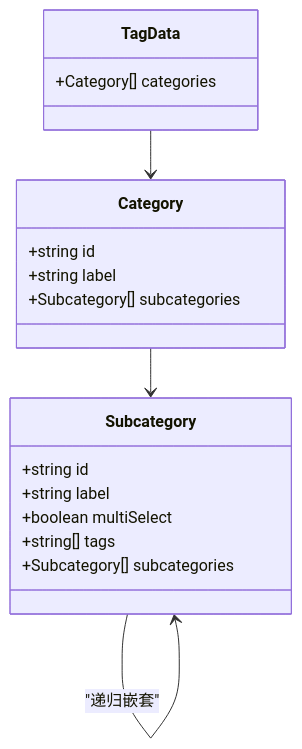
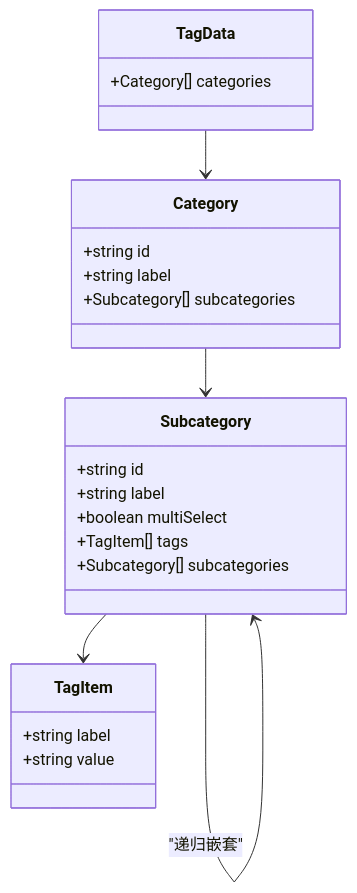
Before and after one commit to billye220670/CorineKit_Pix2Real: the second of 10 diagrams in .qoder/repowiki/zh/content/用户界面组件/专业功能组件/提示词助手面板/标签合成器模式.md, drawn with Mermaid. The commit also changed other lines of this file and 5 other files, not shown here.

````diff
--- a/.qoder/repowiki/zh/content/用户界面组件/专业功能组件/提示词助手面板/标签合成器模式.md
+++ b/.qoder/repowiki/zh/content/用户界面组件/专业功能组件/提示词助手面板/标签合成器模式.md
@@ -77,21 +92,26 @@
 ```mermaid
 classDiagram
 class TagData {
 +Category[] categories
 }
 class Category {
 +string id
 +string label
 +Subcategory[] subcategories
 }
 class Subcategory {
 +string id
 +string label
 +boolean multiSelect
-+string[] tags
++TagItem[] tags
 +Subcategory[] subcategories
+}
+class TagItem {
++string label
++string value
 }
 TagData --> Category
 Category --> Subcategory
+Subcategory --> TagItem
 Subcategory --> Subcategory : "递归嵌套"
 ```
````
